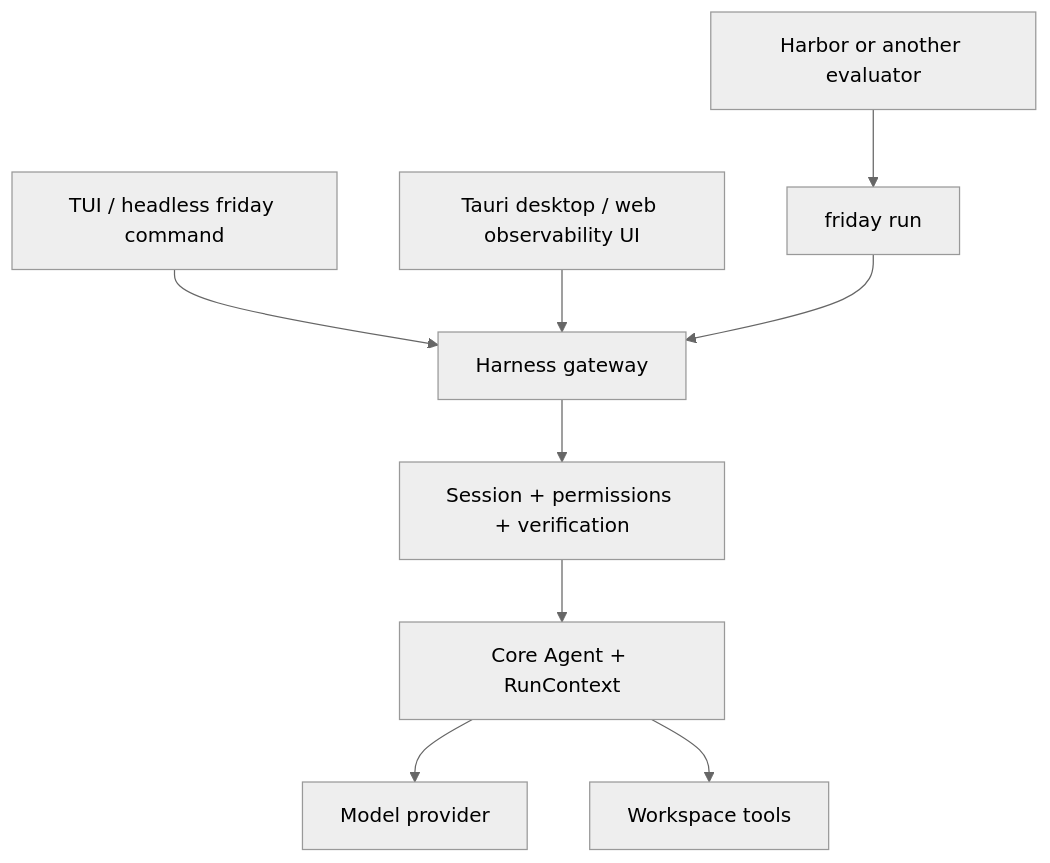
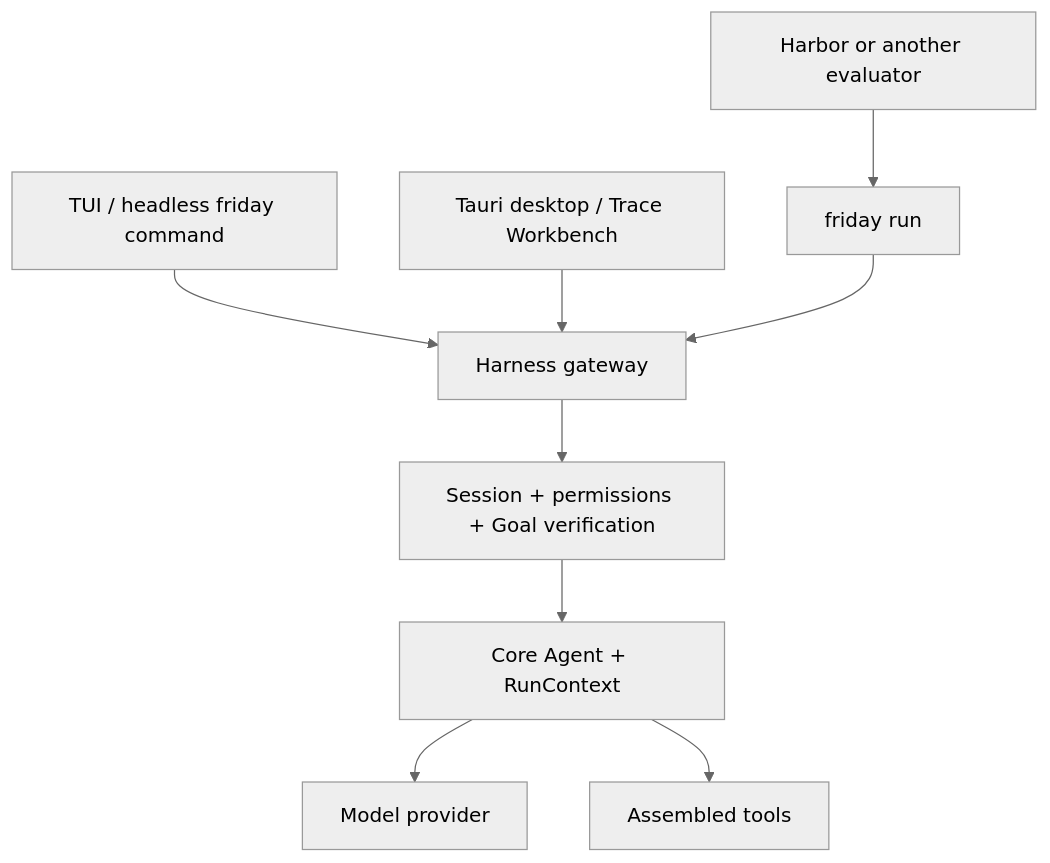
The diagram in docs/architecture.md (Lancetwang/friday), drawn with Mermaid (neutral theme) before and after one commit. The commit also changed other lines of this file and 13 other files, not shown here.

````diff
--- a/docs/architecture.md
+++ b/docs/architecture.md
@@ -48,11 +58,11 @@
 ```mermaid
 flowchart TD
     TUI["TUI / headless friday command"] --> Gateway["Harness gateway"]
-    Desktop["Tauri desktop / web observability UI"] --> Gateway
+    Desktop["Tauri desktop / Trace Workbench"] --> Gateway
     Eval["Harbor or another evaluator"] --> Headless["friday run"]
     Headless --> Gateway
-    Gateway --> Session["Session + permissions + verification"]
+    Gateway --> Session["Session + permissions + Goal verification"]
     Session --> Core["Core Agent + RunContext"]
     Core --> Model["Model provider"]
-    Core --> Tools["Workspace tools"]
+    Core --> Tools["Assembled tools"]
 ```
````
